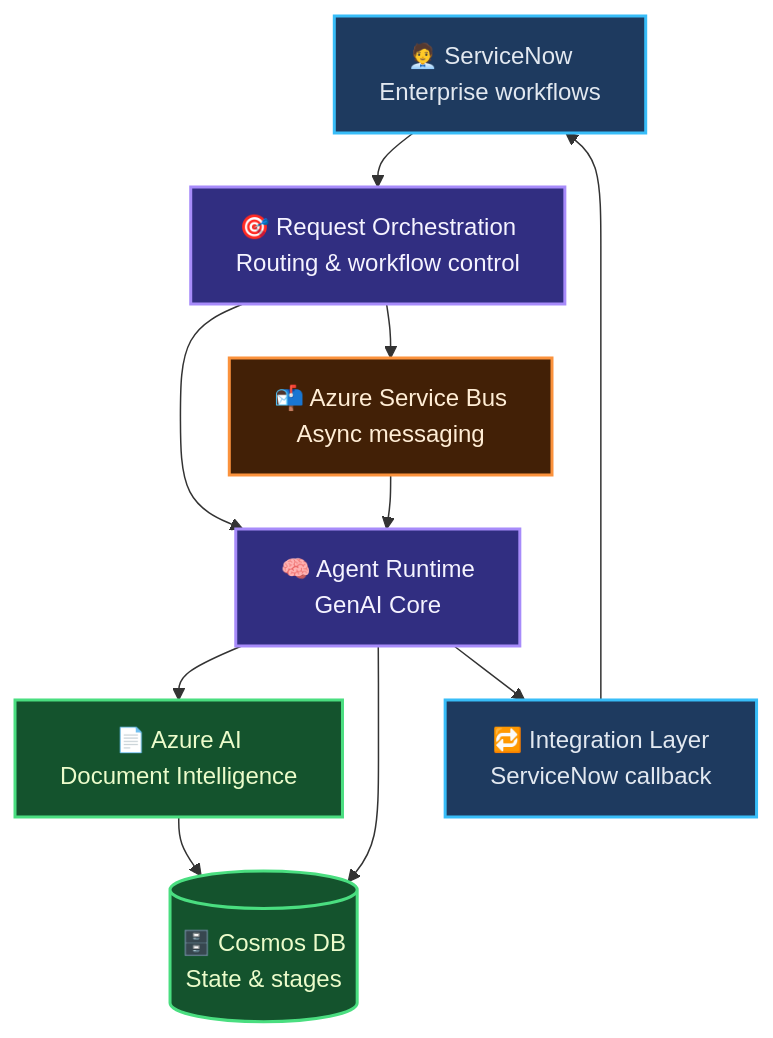
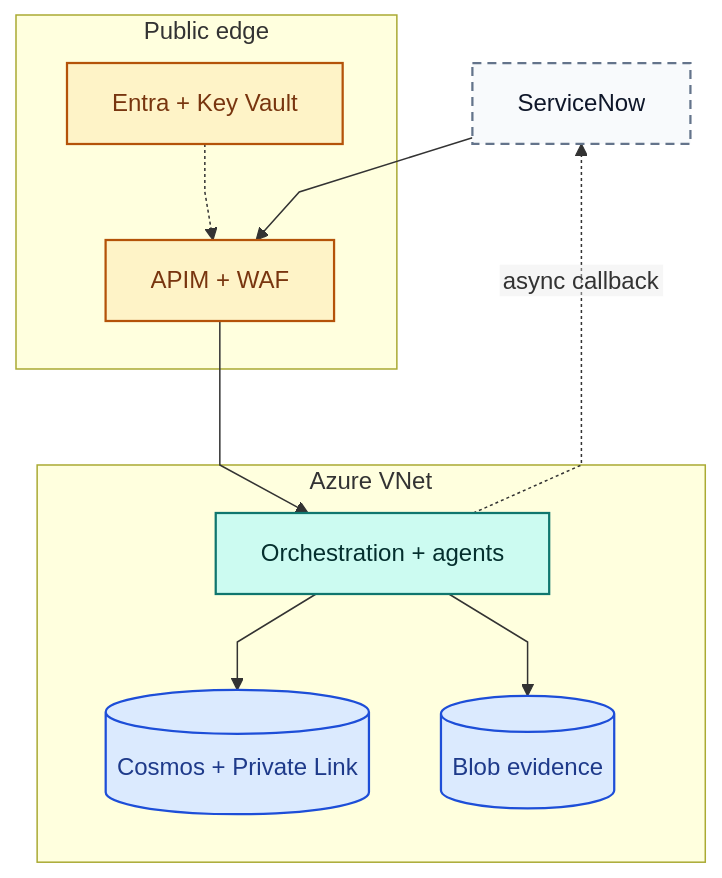
Before and after one commit to nitty01/nitender-kumar: the diagram in public/assets/images/diagrams/tprm-platform/tprm-platform-architecture_overview.mmd, drawn with Mermaid. The commit also changed 46 other files, not shown here.

Commit message:
Ship a block-canvas blog editor and nested project architecture diagrams.

```diff
--- a/public/assets/images/diagrams/tprm-platform/tprm-platform-architecture_overview.mmd
+++ b/public/assets/images/diagrams/tprm-platform/tprm-platform-architecture_overview.mmd
@@ -1,36 +1,35 @@
-%%{init: {'flowchart': {'nodeSpacing': 28, 'rankSpacing': 36, 'useMaxWidth': false, 'diagramPadding': 8}}}%%
+---
+config:
+  flowchart:
+    nodeSpacing: 48
+    rankSpacing: 64
+    diagramPadding: 16
+    htmlLabels: false
+    curve: linear
+  layout: dagre
+---
 flowchart TB
-
-%% Nodes with icons
-SN["🧑‍💼 ServiceNow<br/>Enterprise workflows"]
-ORCH["🎯 Request Orchestration<br/>Routing & workflow control"]
-AR["🧠 Agent Runtime<br/>GenAI Core"]
-DI["📄 Azure AI<br/>Document Intelligence"]
-COSMOS[("🗄️ Cosmos DB<br/>State & stages")]
-SB["📬 Azure Service Bus<br/>Async messaging"]
-CALLBACK["🔁 Integration Layer<br/>ServiceNow callback"]
-
-%% Primary Flow (clean path)
-SN --> ORCH --> AR --> DI
-
-%% Messaging (controlled to avoid overlap)
-ORCH --> SB
-SB --> AR
-
-%% Data Flow
-AR --> COSMOS
-DI --> COSMOS
-
-%% Callback
-AR --> CALLBACK --> SN
-
-%% Styling
-classDef ext fill:#1e3a5f,stroke:#38bdf8,stroke-width:2px,color:#e2e8f0
-classDef core fill:#312e81,stroke:#a78bfa,stroke-width:2px,color:#f5f3ff
-classDef data fill:#14532d,stroke:#4ade80,stroke-width:2px,color:#ecfccb
-classDef msg fill:#422006,stroke:#fb923c,stroke-width:2px,color:#ffedd5
-
-class SN,CALLBACK ext
-class ORCH,AR core
-class DI,COSMOS data
-class SB msg
+  SN["ServiceNow"]
+  subgraph EDGE["Public edge"]
+    WAF["APIM + WAF"]
+    KV["Entra + Key Vault"]
+  end
+  subgraph VNET["Azure VNet"]
+    ORCH["Orchestration + agents"]
+    COSMOS[("Cosmos + Private Link")]
+    BLOB[("Blob evidence")]
+  end
+  SN --> WAF
+  WAF --> ORCH
+  ORCH --> COSMOS
+  ORCH --> BLOB
+  ORCH -.->|async callback| SN
+  KV -.-> WAF
+  class SN external
+  class ORCH compute
+  class COSMOS,BLOB data
+  class WAF,KV security
+  classDef compute fill:#ccfbf1,stroke:#0f766e,stroke-width:1.5px,color:#042f2e
+  classDef data fill:#dbeafe,stroke:#1d4ed8,stroke-width:1.5px,color:#1e3a8a
+  classDef security fill:#fef3c7,stroke:#b45309,stroke-width:1.5px,color:#78350f
+  classDef external fill:#f8fafc,stroke:#64748b,stroke-width:1.5px,color:#0f172a,stroke-dasharray:6 4
```
